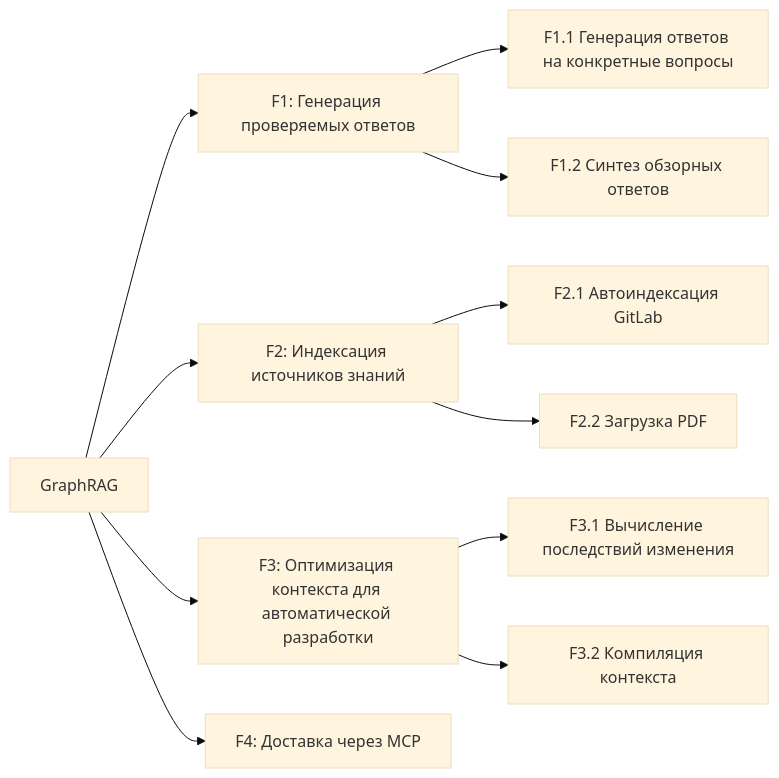
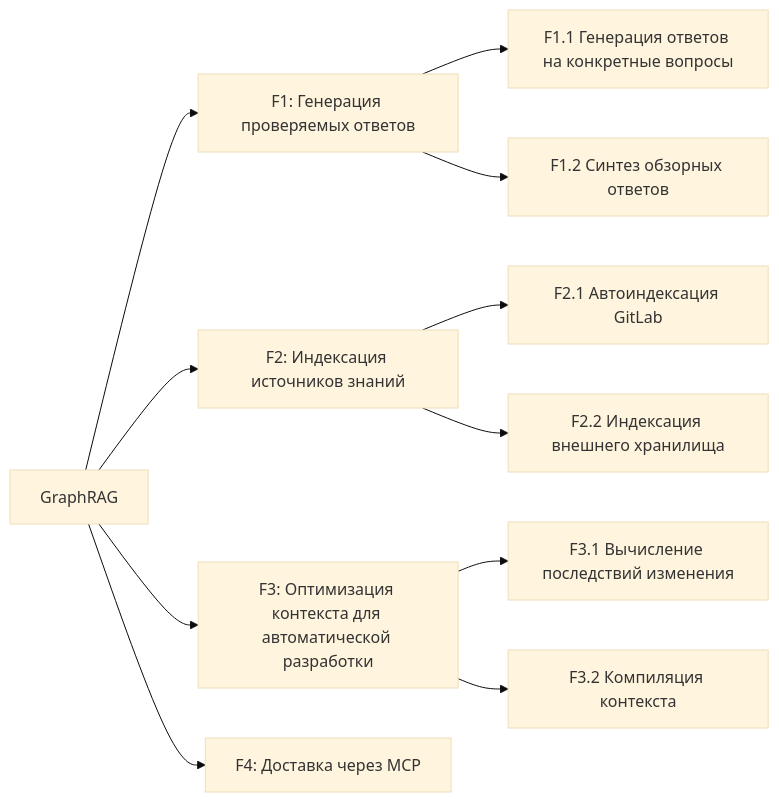
The first of 2 diagrams in specs/vision.md (n-marusov/graphrag), drawn with Mermaid (base theme) before and after one commit. The commit also changed other lines of this file and 11 other files, not shown here.

````diff
--- a/specs/vision.md
+++ b/specs/vision.md
@@ -163,21 +165,21 @@
 ```mermaid
 flowchart LR
     Root["GraphRAG"]
 
     Root --> F1["F1: Генерация проверяемых ответов"]
     Root --> F2["F2: Индексация источников знаний"]
     Root --> F3["F3: Оптимизация контекста для автоматической разработки"]
     Root --> F4["F4: Доставка через MCP"]
 
     F1 --> F1_1["F1.1 Генерация ответов на конкретные вопросы"]
     F1 --> F1_2["F1.2 Синтез обзорных ответов"]
 
     F2 --> F2_1["F2.1 Автоиндексация GitLab"]
-    F2 --> F2_2["F2.2 Загрузка PDF"]
+    F2 --> F2_2["F2.2 Индексация внешнего хранилища"]
 
     F3 --> F3_1["F3.1 Вычисление последствий изменения"]
     F3 --> F3_2["F3.2 Компиляция контекста"]
 
     %% F4 — независимая функция-интерфейс; канал доступа к F1 и F3
     %% описан в тексте §2.2 (Граница F4), рёбрами в дереве не выражается
 ```
````
